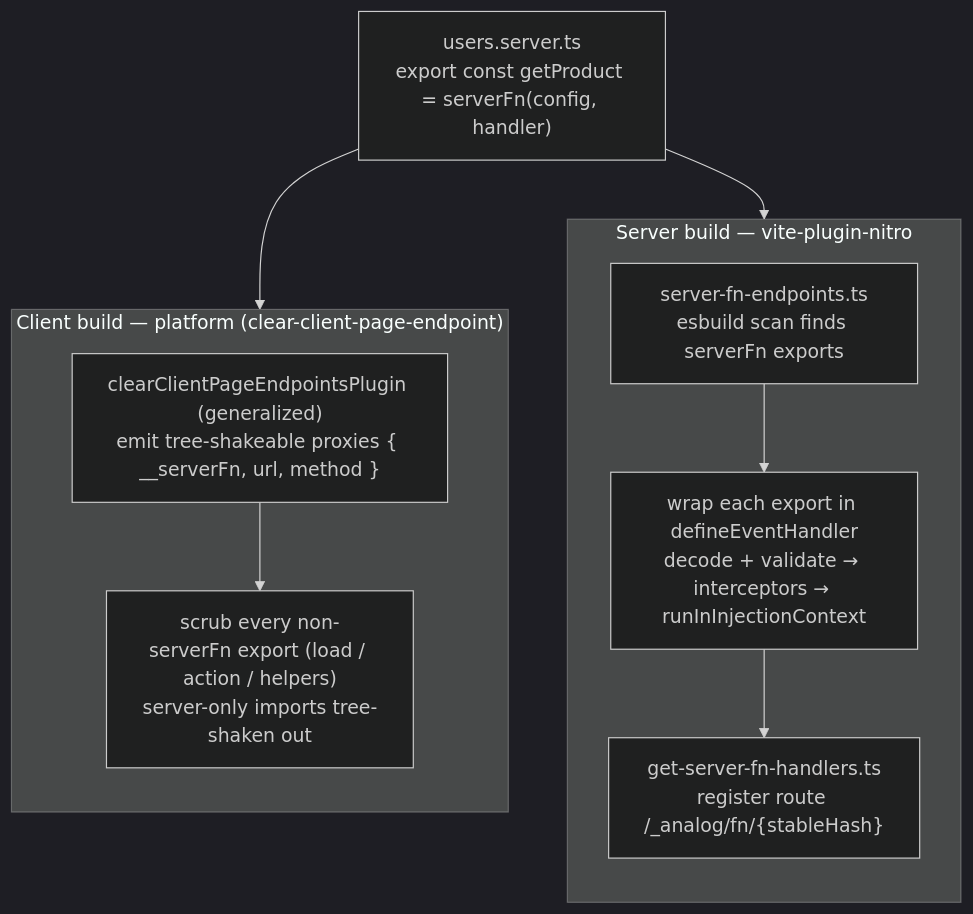
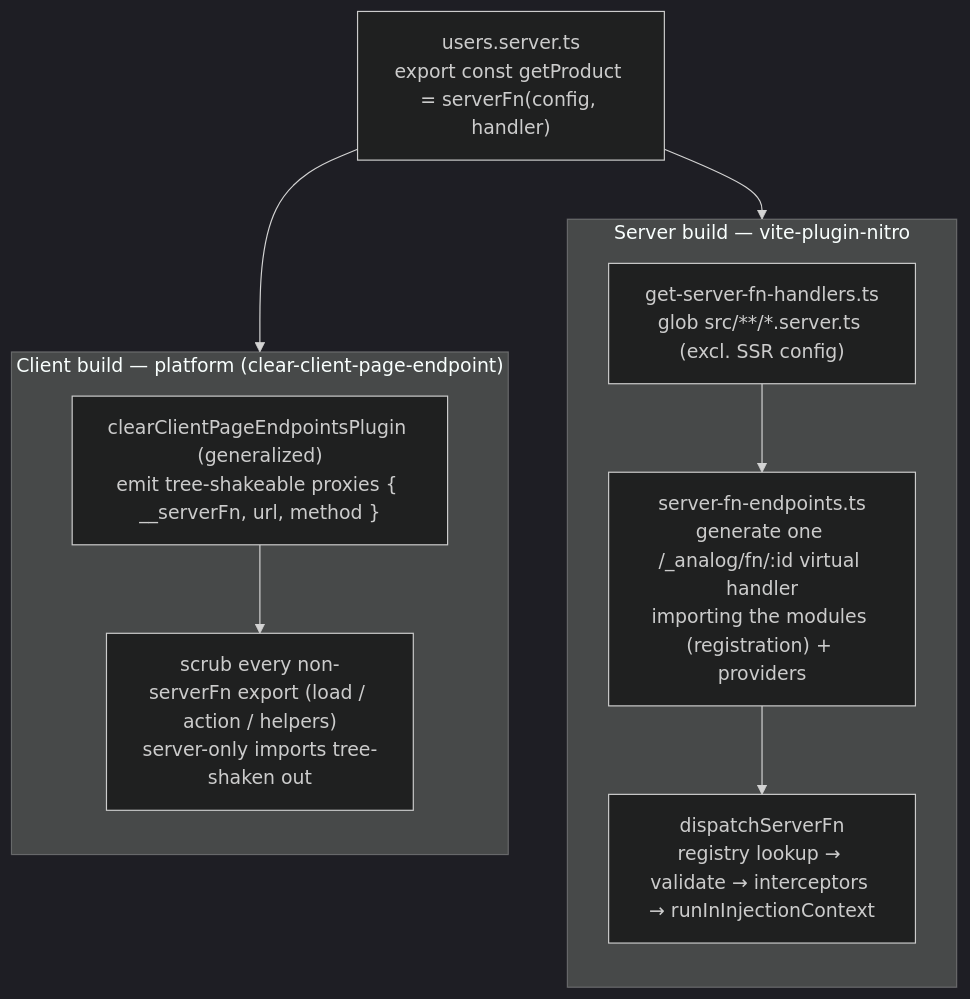
The first of 2 diagrams in packages/router/server/RFC-server-functions.md (analogjs/analog), drawn with Mermaid (dark theme) before and after one commit. The commit also changed other lines of this file, not shown here.

First line of the commit message:
docs: mark server functions RFC implemented across all four packages

````diff
--- a/packages/router/server/RFC-server-functions.md
+++ b/packages/router/server/RFC-server-functions.md
@@ -451,22 +460,22 @@
 ```mermaid
 flowchart TB
   src["users.server.ts<br/>export const getProduct = serverFn(config, handler)"]
 
   subgraph serverGraph["Server build — vite-plugin-nitro"]
     direction TB
-    scan["server-fn-endpoints.ts<br/>esbuild scan finds serverFn exports"]
-    wrap["wrap each export in defineEventHandler<br/>decode + validate → interceptors → runInInjectionContext"]
-    reg["get-server-fn-handlers.ts<br/>register route /_analog/fn/{stableHash}"]
-    scan --> wrap --> reg
+    scan["get-server-fn-handlers.ts<br/>glob src/**/*.server.ts (excl. SSR config)"]
+    gen["server-fn-endpoints.ts<br/>generate one /_analog/fn/:id virtual handler<br/>importing the modules (registration) + providers"]
+    reg["dispatchServerFn<br/>registry lookup → validate → interceptors → runInInjectionContext"]
+    scan --> gen --> reg
   end
 
   subgraph clientGraph["Client build — platform (clear-client-page-endpoint)"]
     direction TB
     proxy["clearClientPageEndpointsPlugin (generalized)<br/>emit tree-shakeable proxies { __serverFn, url, method }"]
     elim["scrub every non-serverFn export (load / action / helpers)<br/>server-only imports tree-shaken out"]
     proxy --> elim
   end
 
   src --> scan
   src --> proxy
 ```
````
